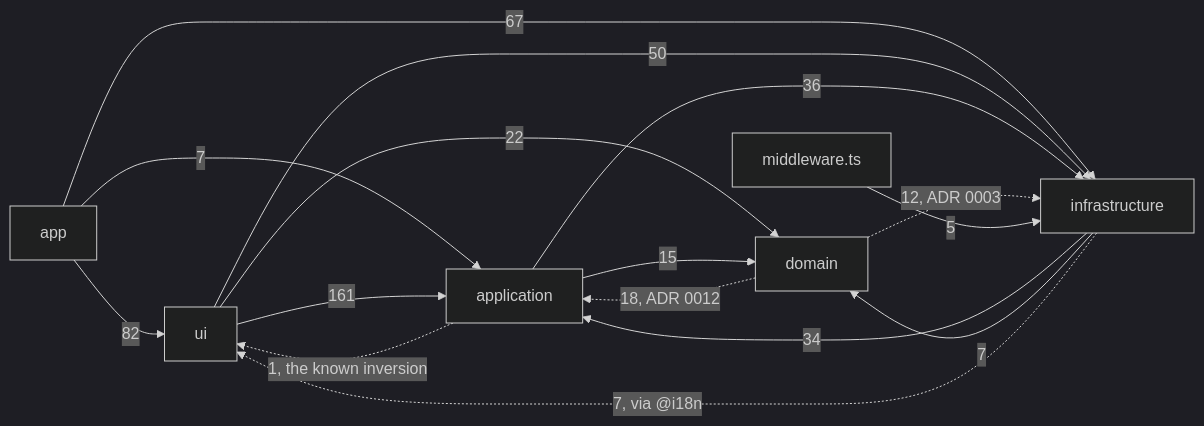
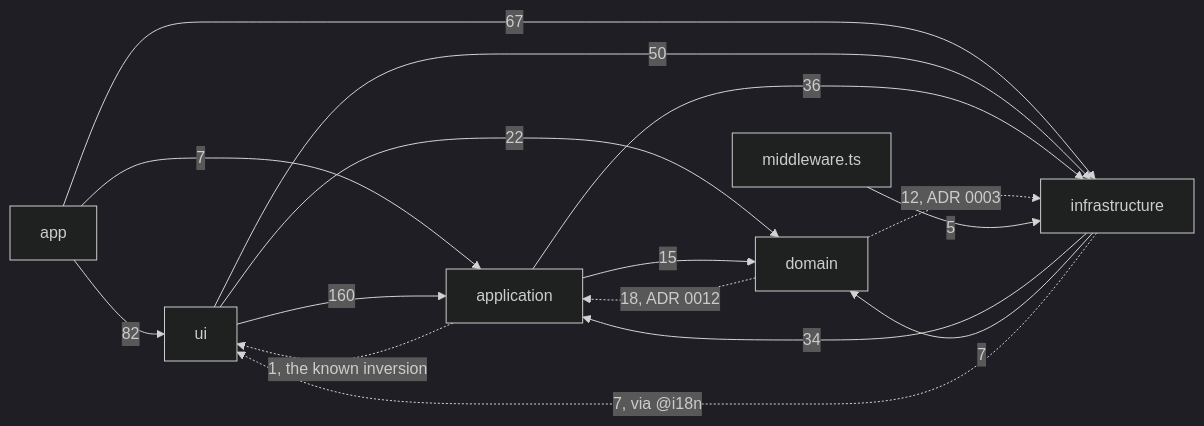
One commit to fbuireu/forever-pto changed the diagram in apps/docs/src/content/docs/architecture/overview.mdx. Above: the diagram before and after it, drawn with Mermaid (dark theme). The commit also changed other lines of this file, not shown here.

Commit message:
docs(docs): count the ui to application imports after the subtitle lost its link

````diff
--- a/apps/docs/src/content/docs/architecture/overview.mdx
+++ b/apps/docs/src/content/docs/architecture/overview.mdx
@@ -47,24 +47,24 @@
 ```mermaid
 flowchart LR
   APP[app]
   UI[ui]
   APPL[application]
   DOM[domain]
   INFRA[infrastructure]
   MW[middleware.ts]
   APP -->|82| UI
   APP -->|7| APPL
   APP -->|67| INFRA
-  UI -->|161| APPL
+  UI -->|160| APPL
   UI -->|22| DOM
   UI -->|50| INFRA
   APPL -->|15| DOM
   APPL -->|36| INFRA
   APPL -.->|1, the known inversion| UI
   DOM -.->|18, ADR 0012| APPL
   DOM -.->|12, ADR 0003| INFRA
   INFRA -->|34| APPL
   INFRA -->|7| DOM
   INFRA -.->|7, via @i18n| UI
   MW -->|5| INFRA
 ```
````
